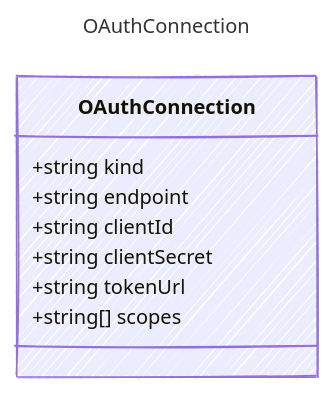
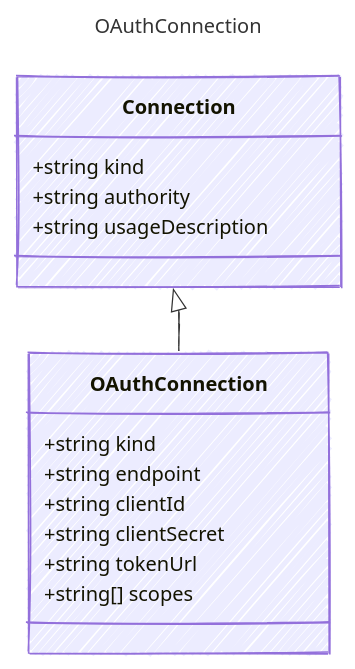
Before and after one commit to microsoft/prompty: the diagram in specification/prompty/docs/OAuthConnection.md, drawn with Mermaid. The commit also changed 24 other files, not shown here.

````diff
--- a/specification/prompty/docs/OAuthConnection.md
+++ b/specification/prompty/docs/OAuthConnection.md
@@ -7,20 +7,26 @@
 ```mermaid
 ---
 title: OAuthConnection
 config:
   look: handDrawn
   theme: colorful
   class:
     hideEmptyMembersBox: true
 ---
 classDiagram
+    class Connection {
+        +string kind
+        +string authority
+        +string usageDescription
+    }
+    Connection <|-- OAuthConnection
     class OAuthConnection {
       
         +string kind
         +string endpoint
         +string clientId
         +string clientSecret
         +string tokenUrl
         +string[] scopes
     }
 ```
````
